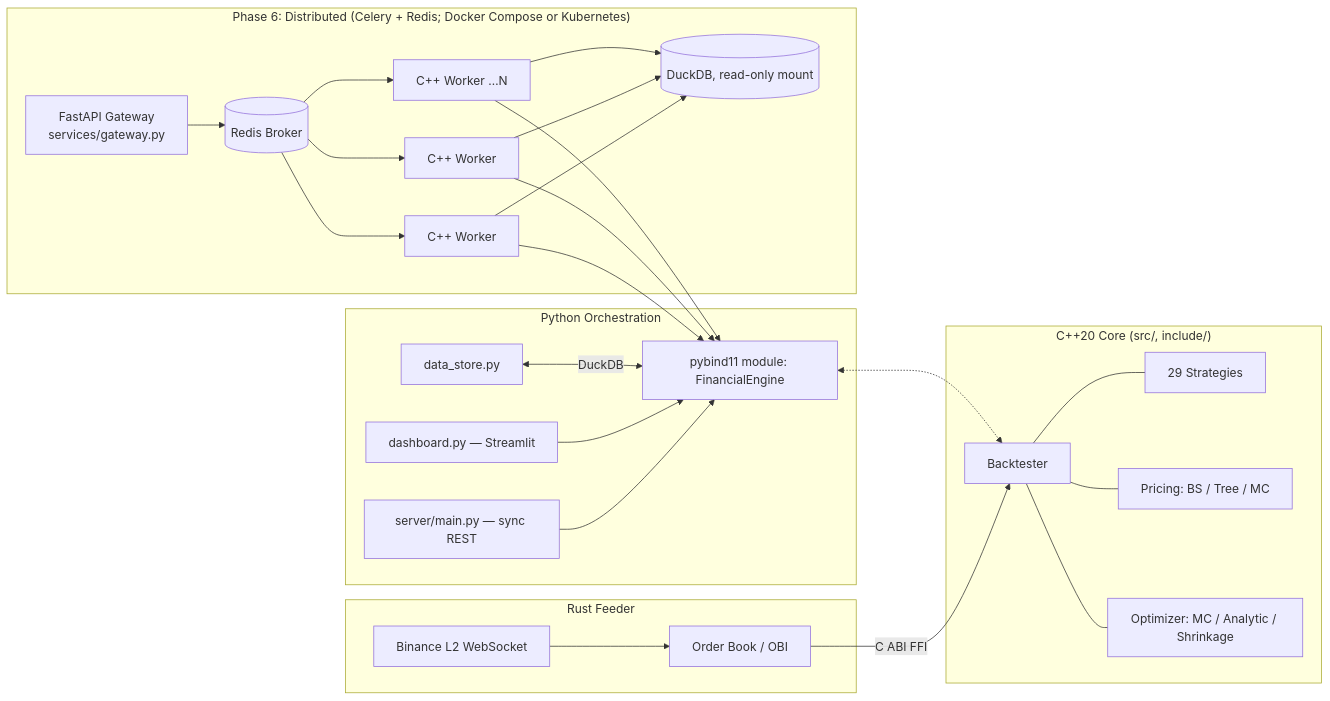
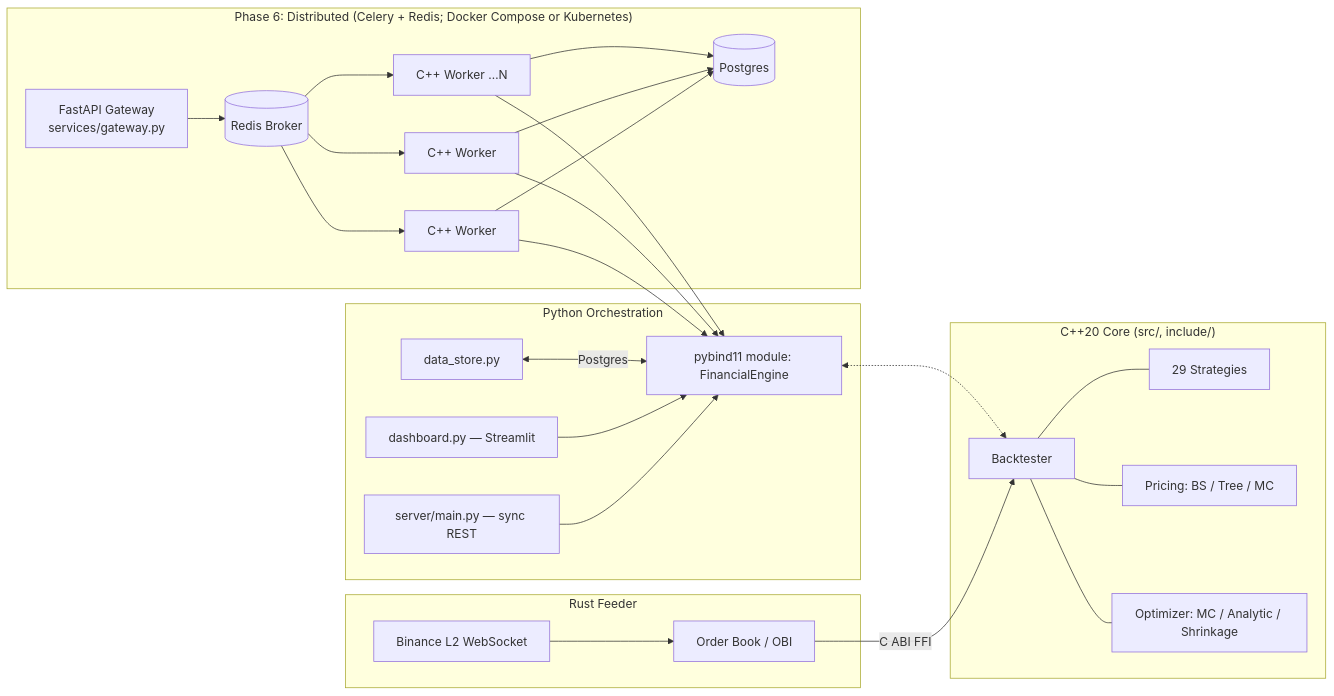
One commit to rari458/Projects changed the diagram in Financial_OS/README.md. Above: the diagram before and after it, drawn with Mermaid. The commit also changed other lines of this file and 13 other files, not shown here.

````diff
--- a/Financial_OS/README.md
+++ b/Financial_OS/README.md
@@ -19,42 +19,42 @@
 ```mermaid
 flowchart LR
     subgraph Rust["Rust Feeder"]
         WS[Binance L2 WebSocket] --> OBI[Order Book / OBI]
     end
 
     subgraph CPP["C++20 Core (src/, include/)"]
         BT[Backtester]
         STRAT[29 Strategies]
         PRICE[Pricing: BS / Tree / MC]
         OPT[Optimizer: MC / Analytic / Shrinkage]
         BT --- STRAT
         BT --- PRICE
         BT --- OPT
     end
 
     OBI -->|C ABI FFI| BT
 
     subgraph PyCore["Python Orchestration"]
         PB[pybind11 module: FinancialEngine]
         API[server/main.py — sync REST]
         DASH[dashboard.py — Streamlit]
         DS[data_store.py]
     end
 
     PB <-.-> BT
     API --> PB
     DASH --> PB
-    DS <-->|DuckDB| PB
+    DS <-->|Postgres| PB
 
     subgraph Dist["Phase 6: Distributed (Celery + Redis; Docker Compose or Kubernetes)"]
         GW[FastAPI Gateway<br/>services/gateway.py]
         RQ[(Redis Broker)]
         WK1[C++ Worker]
         WK2[C++ Worker]
         WK3[C++ Worker …N]
-        DB[(DuckDB, read-only mount)]
+        DB[(Postgres)]
         GW --> RQ --> WK1 & WK2 & WK3
         WK1 & WK2 & WK3 --> PB
         WK1 & WK2 & WK3 --> DB
     end
 ```
````
